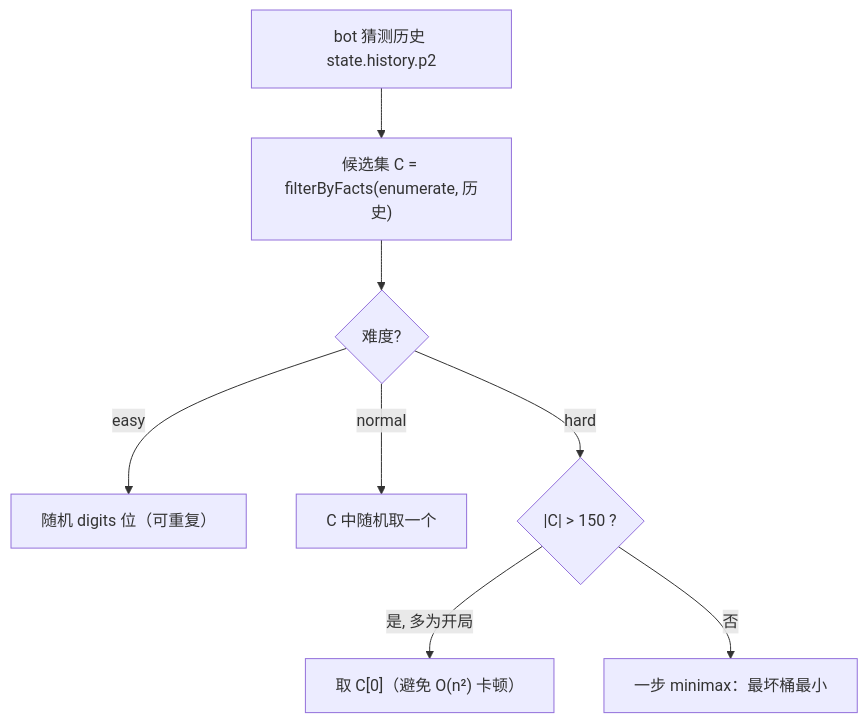
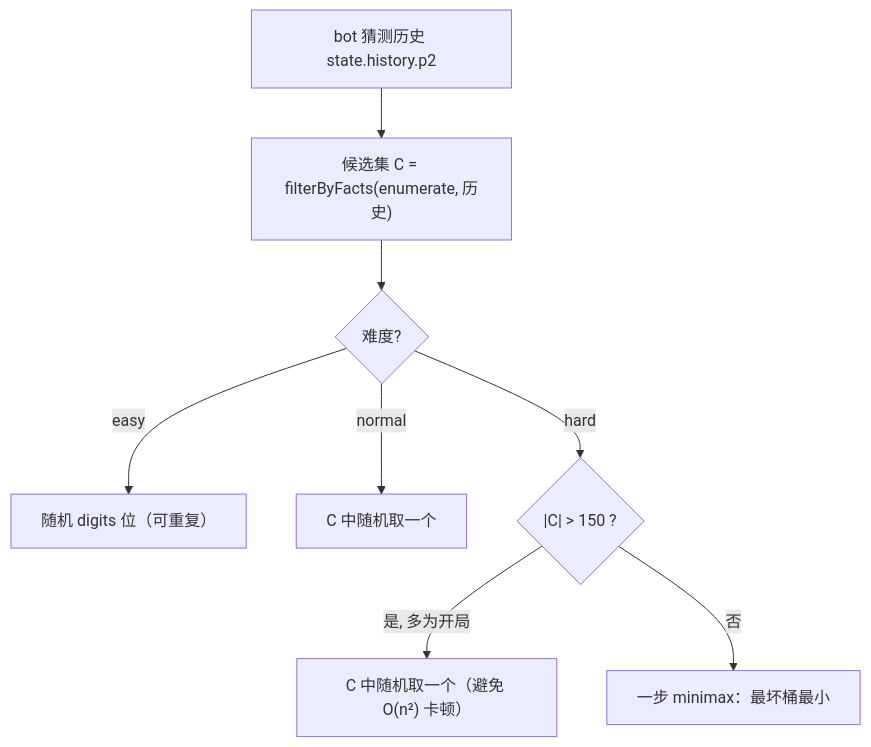
Before and after one commit to verdenmax/number-guessing-game: the first of 2 diagrams in docs/L3-details/bot-strategy.md, drawn with Mermaid. The commit also changed other lines of this file and 3 other files, not shown here.

````diff
--- a/docs/L3-details/bot-strategy.md
+++ b/docs/L3-details/bot-strategy.md
@@ -34,10 +34,10 @@
 ```mermaid
 flowchart TD
     H["bot 猜测历史 state.history.p2"] --> C["候选集 C = filterByFacts(enumerate, 历史)"]
     C --> S{"难度?"}
     S -->|easy| R["随机 digits 位（可重复）"]
     S -->|normal| N["C 中随机取一个"]
     S -->|hard| T{"|C| > 150 ?"}
-    T -->|是, 多为开局| F["取 C[0]（避免 O(n²) 卡顿）"]
+    T -->|是, 多为开局| F["C 中随机取一个（避免 O(n²) 卡顿）"]
     T -->|否| M["一步 minimax：最坏桶最小"]
 ```
````
